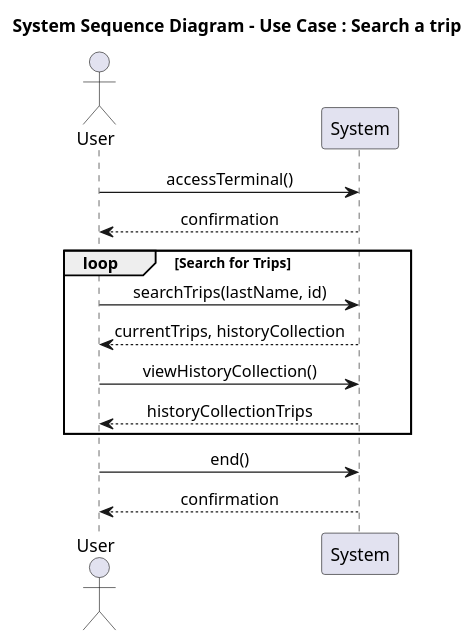
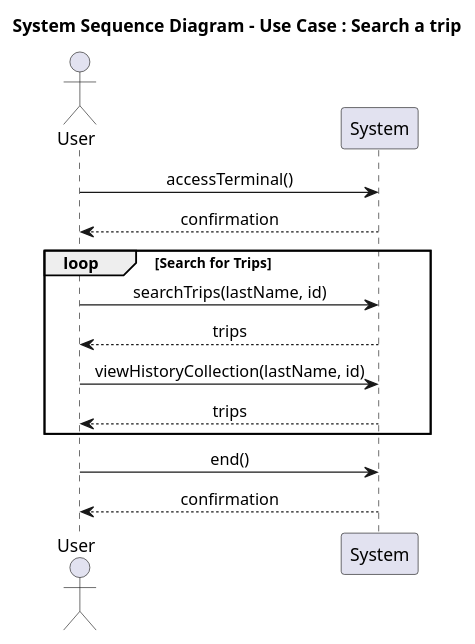
Before and after one commit to Cimpo1/SOEN342_2025: the diagram in Iteration 2/docs/Use case-search a trip/Sequence.plantuml, drawn with PlantUML. The commit also changed 15 other files, not shown here.

Commit message:
adjusted code, added interaction diagrams, fixed output

```diff
--- a/Iteration 2/docs/Use case-search a trip/Sequence.plantuml
+++ b/Iteration 2/docs/Use case-search a trip/Sequence.plantuml
@@ -1,19 +1,19 @@
 @startuml Sequence Diagram
 skinparam sequenceMessageAlign center
 skinparam noteTextAlignment center
 title "System Sequence Diagram - Use Case : Search a trip"
 actor User
 participant "System" as terminal
 
 User -> terminal : accessTerminal()
 terminal --> User : confirmation
 loop Search for Trips
     User -> terminal : searchTrips(lastName, id)
-    terminal --> User : currentTrips, historyCollection
+    terminal --> User : trips
 
-    User -> terminal : viewHistoryCollection()
-    terminal --> User : historyCollectionTrips
+    User -> terminal : viewHistoryCollection(lastName, id)
+    terminal --> User : trips
 end
 User -> terminal : end()
 terminal --> User : confirmation
 @enduml
```
